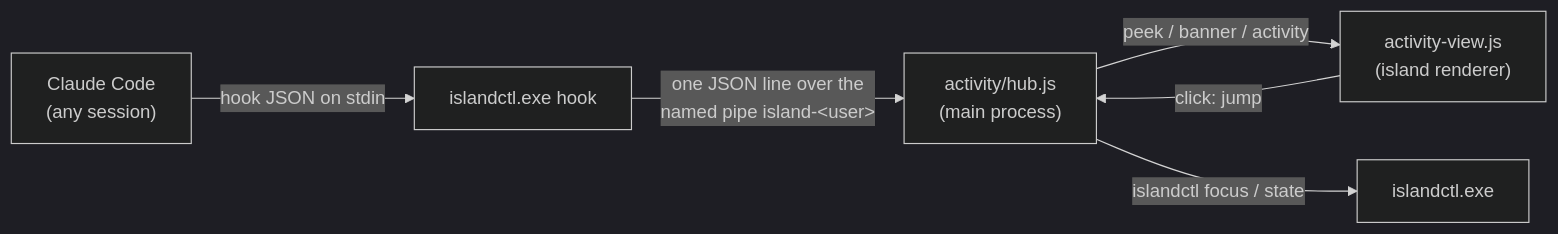
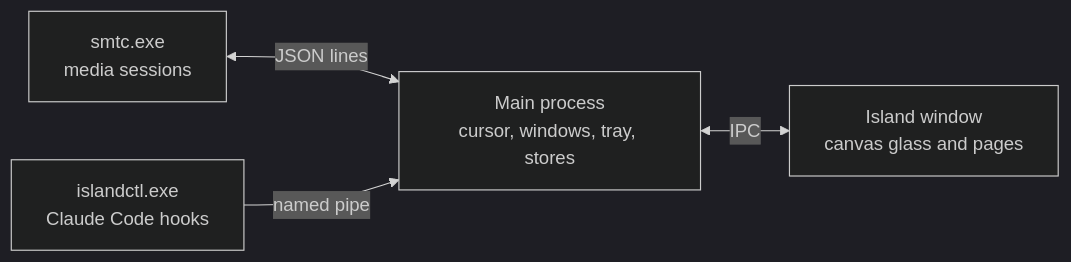
One commit to yatinannam/island changed the diagram in README.md. Above: the diagram before and after it, drawn with Mermaid (dark theme). The commit also changed other lines of this file and 11 other files, not shown here.

First line of the commit message:
README: product page only; internals in docs/ARCHITECTURE.md

````diff
--- a/README.md
+++ b/README.md
@@ -263,8 +113,6 @@
 ```mermaid
 flowchart LR
-  cc["Claude Code<br/>(any session)"] -- "hook JSON on stdin" --> ctl["islandctl.exe hook"]
-  ctl -- "one JSON line over the<br/>named pipe island-&lt;user&gt;" --> hub["activity/hub.js<br/>(main process)"]
-  hub -- "peek / banner / activity" --> view["activity-view.js<br/>(island renderer)"]
-  view -- "click: jump" --> hub
-  hub -- "islandctl focus / state" --> ctl2["islandctl.exe"]
+  main["Main process<br/>cursor, windows, tray, stores"] <-- IPC --> island["Island window<br/>canvas glass and pages"]
+  smtc["smtc.exe<br/>media sessions"] <-- "JSON lines" --> main
+  ctl["islandctl.exe<br/>Claude Code hooks"] -- "named pipe" --> main
 ```
````
